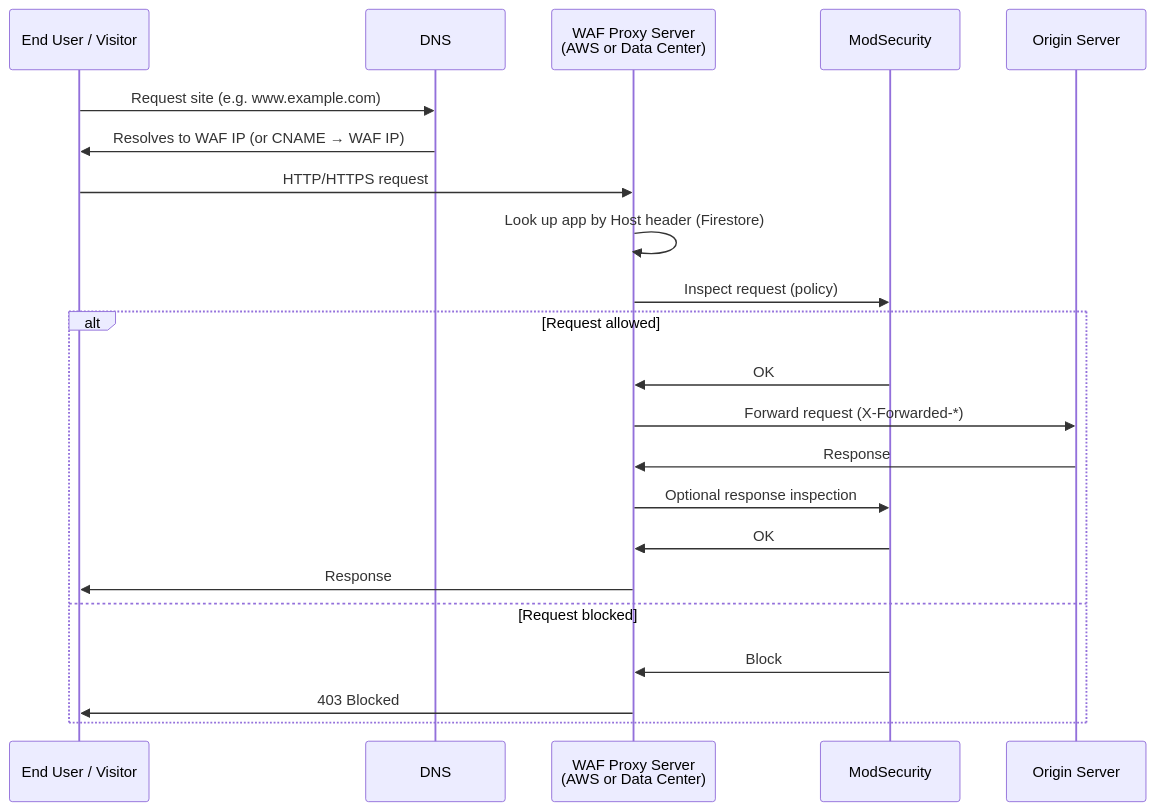
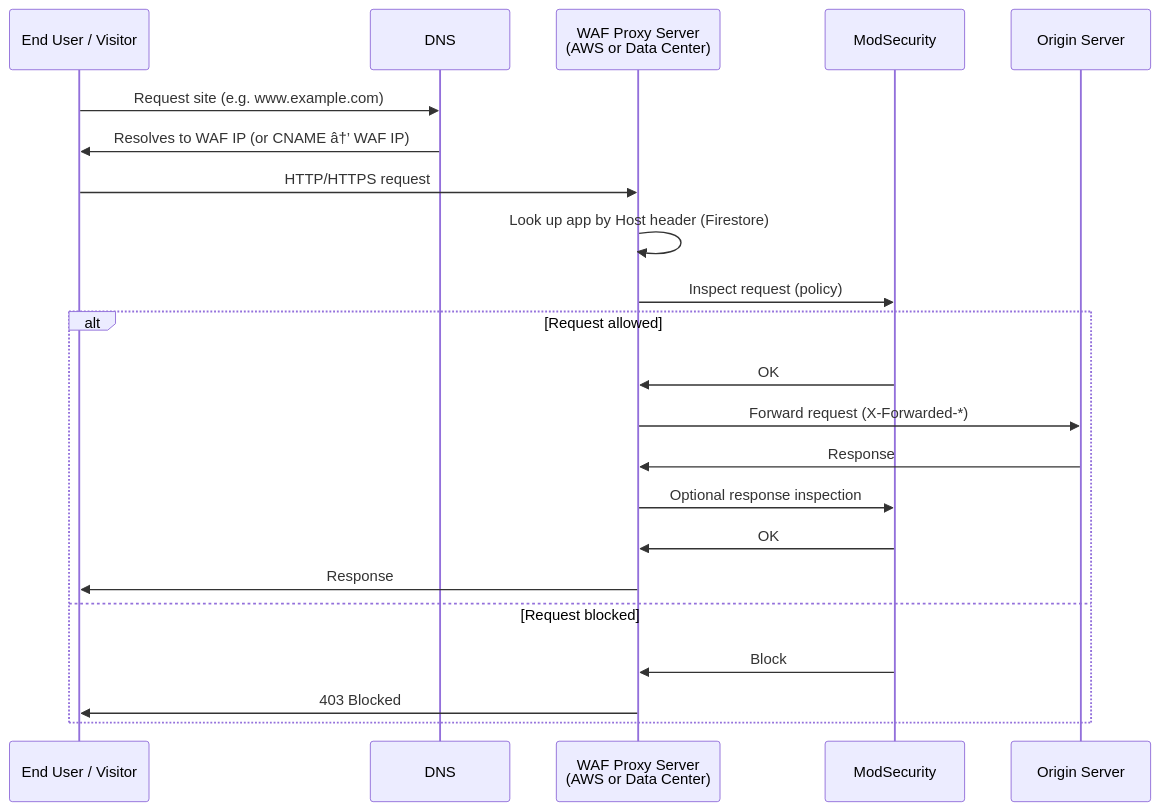
Before and after one commit to atra-dev/atravad-waf: the second of 3 diagrams in docs/ARCHITECTURE_DIAGRAM.md, drawn with Mermaid. The commit also changed other lines of this file and 14 other files, not shown here.

````diff
--- a/docs/ARCHITECTURE_DIAGRAM.md
+++ b/docs/ARCHITECTURE_DIAGRAM.md
@@ -84,25 +84,25 @@
 ```mermaid
 sequenceDiagram
     participant User as End User / Visitor
     participant DNS as DNS
     participant WAF as WAF Proxy Server<br/>(AWS or Data Center)
     participant ModSec as ModSecurity
     participant Origin as Origin Server
 
     User->>DNS: Request site (e.g. www.example.com)
-    DNS->>User: Resolves to WAF IP (or CNAME → WAF IP)
+    DNS->>User: Resolves to WAF IP (or CNAME â†’ WAF IP)
     User->>WAF: HTTP/HTTPS request
     WAF->>WAF: Look up app by Host header (Firestore)
     WAF->>ModSec: Inspect request (policy)
     alt Request allowed
         ModSec->>WAF: OK
         WAF->>Origin: Forward request (X-Forwarded-*)
         Origin->>WAF: Response
         WAF->>ModSec: Optional response inspection
         ModSec->>WAF: OK
         WAF->>User: Response
     else Request blocked
         ModSec->>WAF: Block
         WAF->>User: 403 Blocked
     end
 ```
````
